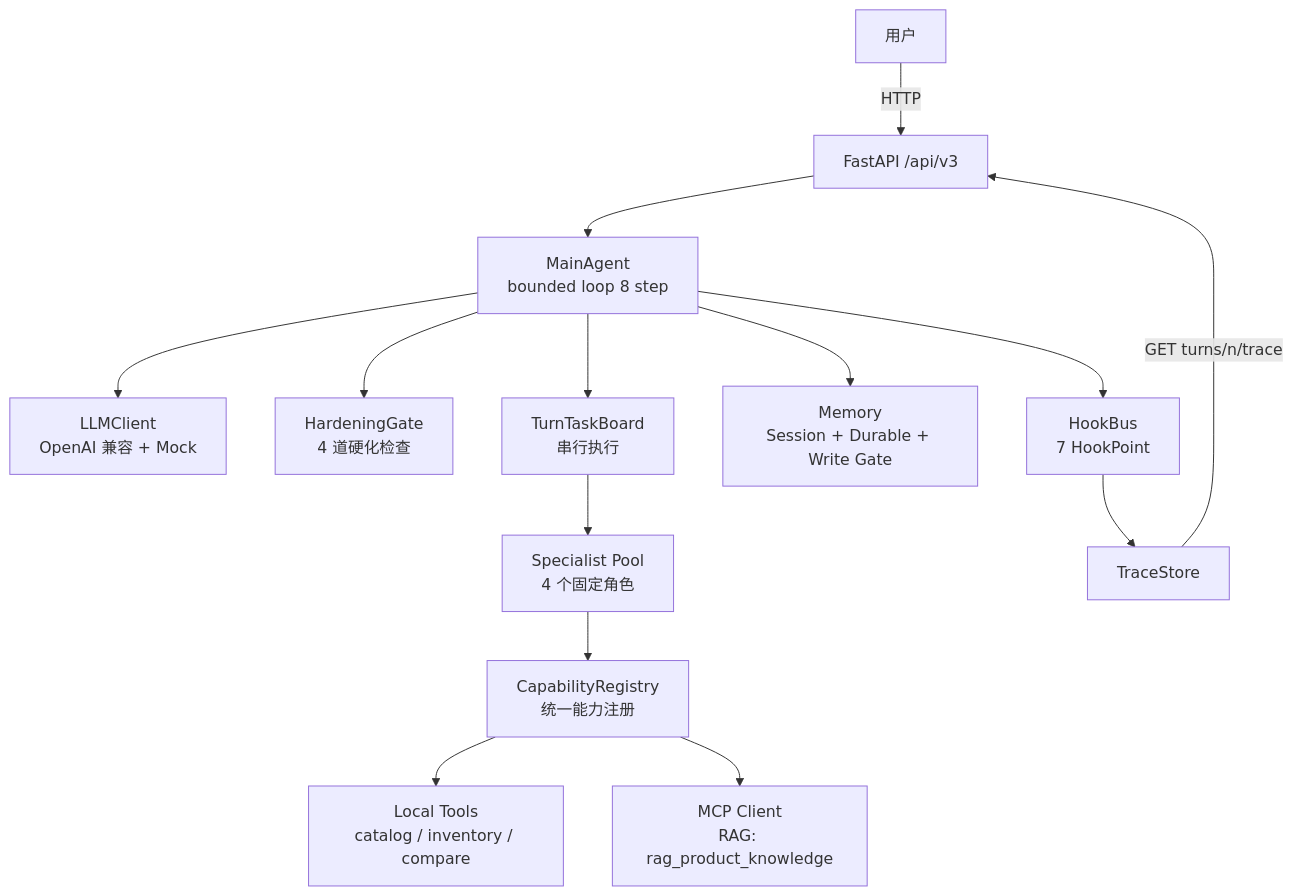
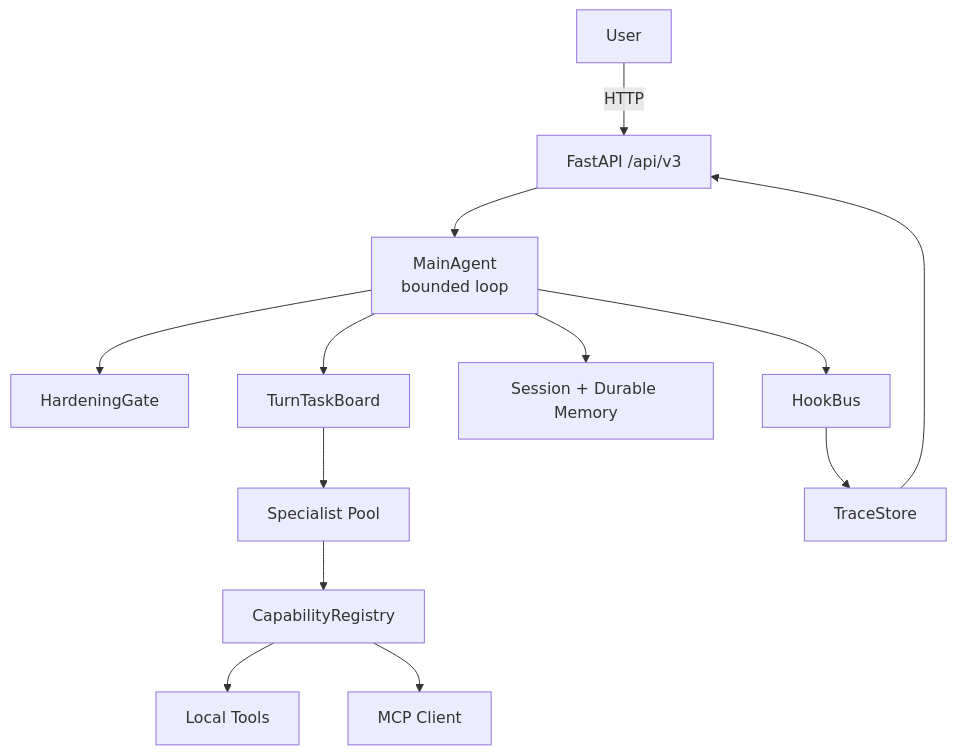
One commit to Nuguriyyds/multi-agent-ecommerce-runtime changed the diagram in README.md. Above: the diagram before and after it, drawn with Mermaid. The commit also changed other lines of this file and 4 other files, not shown here.

````diff
--- a/README.md
+++ b/README.md
@@ -9,16 +19,15 @@
 ```mermaid
 graph TB
-    U[用户] -->|HTTP| API[FastAPI /api/v3]
-    API --> MA[MainAgent<br/>bounded loop 8 step]
-    MA --> LLM[LLMClient<br/>OpenAI 兼容 + Mock]
-    MA --> HG[HardeningGate<br/>4 道硬化检查]
-    MA --> TB[TurnTaskBoard<br/>串行执行]
-    TB --> SP[Specialist Pool<br/>4 个固定角色]
-    SP --> REG[CapabilityRegistry<br/>统一能力注册]
-    REG --> TOOL[Local Tools<br/>catalog / inventory / compare]
-    REG --> MCP[MCP Client<br/>RAG: rag_product_knowledge]
-    MA --> MEM[Memory<br/>Session + Durable + Write Gate]
-    MA --> HOOK[HookBus<br/>7 HookPoint]
+    U[User] -->|HTTP| API[FastAPI /api/v3]
+    API --> MA[MainAgent<br/>bounded loop]
+    MA --> HG[HardeningGate]
+    MA --> TB[TurnTaskBoard]
+    TB --> SP[Specialist Pool]
+    SP --> REG[CapabilityRegistry]
+    REG --> TOOL[Local Tools]
+    REG --> MCP[MCP Client]
+    MA --> MEM[Session + Durable Memory]
+    MA --> HOOK[HookBus]
     HOOK --> TS[TraceStore]
-    TS -->|GET turns/n/trace| API
+    TS --> API
 ```
````
